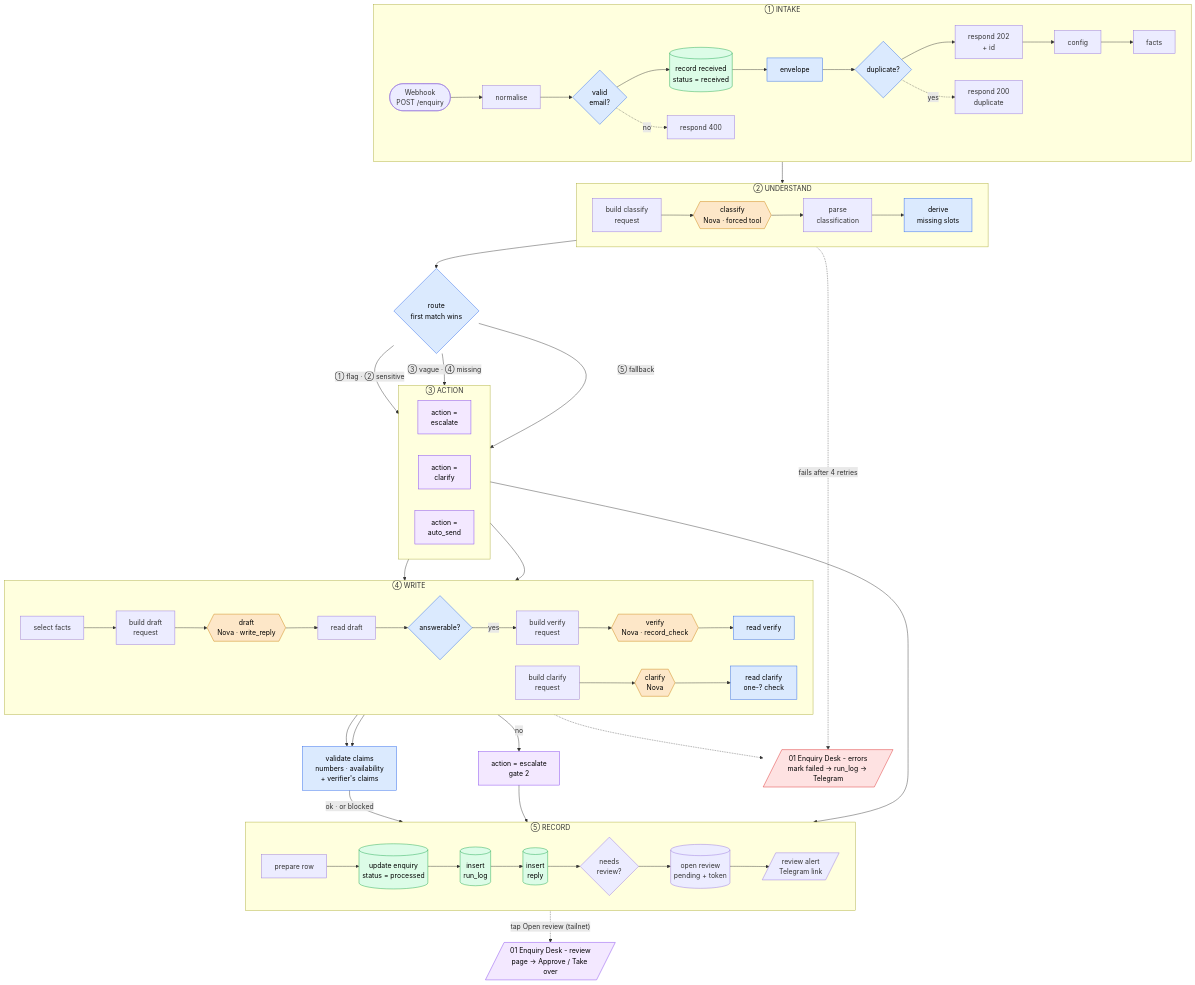
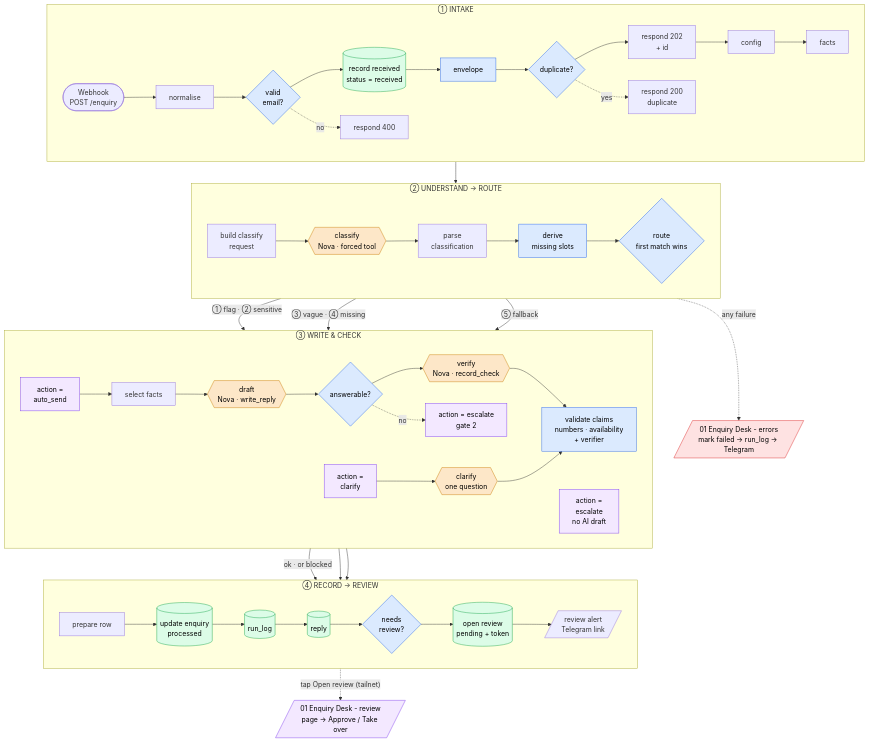
The diagram in STATE.md (deeowemez/enquiry-desk), drawn with Mermaid before and after one commit. The commit also changed other lines of this file and 1 other file, not shown here.

````diff
--- a/STATE.md
+++ b/STATE.md
@@ -34,71 +38,51 @@
 ```mermaid
 flowchart TB
   subgraph S1["① INTAKE"]
     direction LR
     W([Webhook<br/>POST /enquiry]) --> N[normalise] --> VE{valid<br/>email?} --> RR[(record received<br/>status = received)] --> EN[envelope] --> DU{duplicate?} --> OK[respond 202<br/>+ id] --> CFG[config] --> F[facts]
     VE -. no .-> R4[respond 400]
     DU -. yes .-> R2[respond 200<br/>duplicate]
   end
 
-  subgraph S2["② UNDERSTAND"]
+  subgraph S2["② UNDERSTAND → ROUTE"]
     direction LR
-    BC[build classify<br/>request] --> C{{classify<br/>Nova · forced tool}} --> PC[parse<br/>classification] --> D[derive<br/>missing slots]
+    BC[build classify<br/>request] --> C{{classify<br/>Nova · forced tool}} --> PC[parse<br/>classification] --> D[derive<br/>missing slots] --> R{route<br/>first match wins}
   end
 
-  R{route<br/>first match wins}
-
-  subgraph S3["③ ACTION"]
+  subgraph S3["③ WRITE & CHECK"]
     direction LR
-    E[action =<br/>escalate]
-    Q[action =<br/>clarify]
-    A[action =<br/>auto_send]
+    A[action =<br/>auto_send] --> SF[select facts] --> DR{{draft<br/>Nova · write_reply}} --> G{answerable?} --> VF{{verify<br/>Nova · record_check}} --> V[validate claims<br/>numbers · availability<br/>+ verifier]
+    G -. no .-> E2[action = escalate<br/>gate 2]
+    Q[action =<br/>clarify] --> CL{{clarify<br/>one question}} --> V
+    E[action =<br/>escalate<br/>no AI draft]
   end
 
-  subgraph S4["④ WRITE"]
+  subgraph S4["④ RECORD → REVIEW"]
     direction LR
-    SF[select facts] --> BD[build draft<br/>request] --> DR{{draft<br/>Nova · write_reply}} --> RD[read draft] --> G{answerable?}
-    VB[build verify<br/>request] --> VF{{verify<br/>Nova · record_check}} --> VR[read verify]
-    BQ[build clarify<br/>request] --> CL{{clarify<br/>Nova}} --> RQ[read clarify<br/>one-? check]
-  end
-
-  V[validate claims<br/>numbers · availability<br/>+ verifier's claims]
-  E2[action = escalate<br/>gate 2]
-
-  subgraph S5["⑤ RECORD"]
-    direction LR
-    P[prepare row] --> IE[(update enquiry<br/>status = processed)] --> RL[(insert<br/>run_log)] --> RP[(insert<br/>reply)] --> NR{needs<br/>review?} --> OR[(open review<br/>pending + token)] --> TG[/review alert<br/>Telegram link/]
+    P[prepare row] --> IE[(update enquiry<br/>processed)] --> RL[(run_log)] --> RP[(reply)] --> NR{needs<br/>review?} --> OR[(open review<br/>pending + token)] --> TG[/review alert<br/>Telegram link/]
   end
 
   X[/"01 Enquiry Desk - errors<br/>mark failed → run_log → Telegram"/]
   RV[/"01 Enquiry Desk - review<br/>page → Approve / Take over"/]
-  TG -. "tap Open review (tailnet)" .-> RV
 
   F --> BC
-  D --> R
   R -- "① flag · ② sensitive" --> E
   R -- "③ vague · ④ missing" --> Q
   R -- "⑤ fallback" --> A
-  A --> SF
-  Q --> BQ
-  G -- "yes" --> VB
-  VR --> V
-  G -- "no" --> E2
-  RQ --> V
   V -- "ok · or blocked" --> P
   E --> P
   E2 --> P
-  C -. "fails after 4 retries" .-> X
-  DR -.-> X
+  TG -. "tap Open review (tailnet)" .-> RV
+  C -. "any failure" .-> X
 
   classDef model fill:#fde7c8,stroke:#c97a00,color:#000
   classDef code fill:#dbeafe,stroke:#2563eb,color:#000
   classDef db fill:#dcfce7,stroke:#16a34a,color:#000
   classDef act fill:#f3e8ff,stroke:#7c3aed,color:#000
   classDef gap fill:#fee2e2,stroke:#dc2626,color:#000
   class C,DR,CL,VF model
-  class D,R,G,V,RQ,EN,VE,DU,VR code
-  class RR,IE,RL,RP db
-  class E,Q,A,E2 act
+  class D,R,G,V,EN,VE,DU,NR code
+  class RR,IE,RL,RP,OR db
+  class A,Q,E,E2,RV act
   class X gap
-  class RV act
 ```
````
